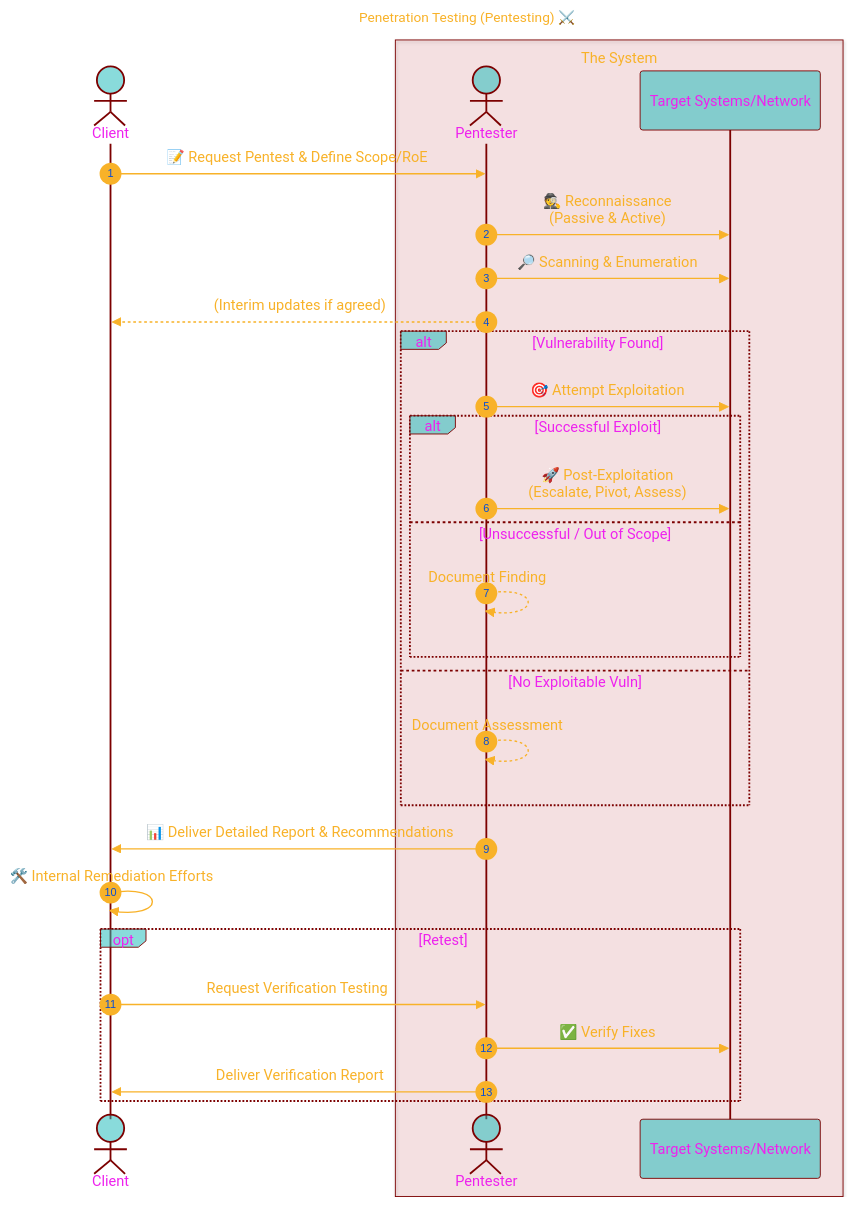
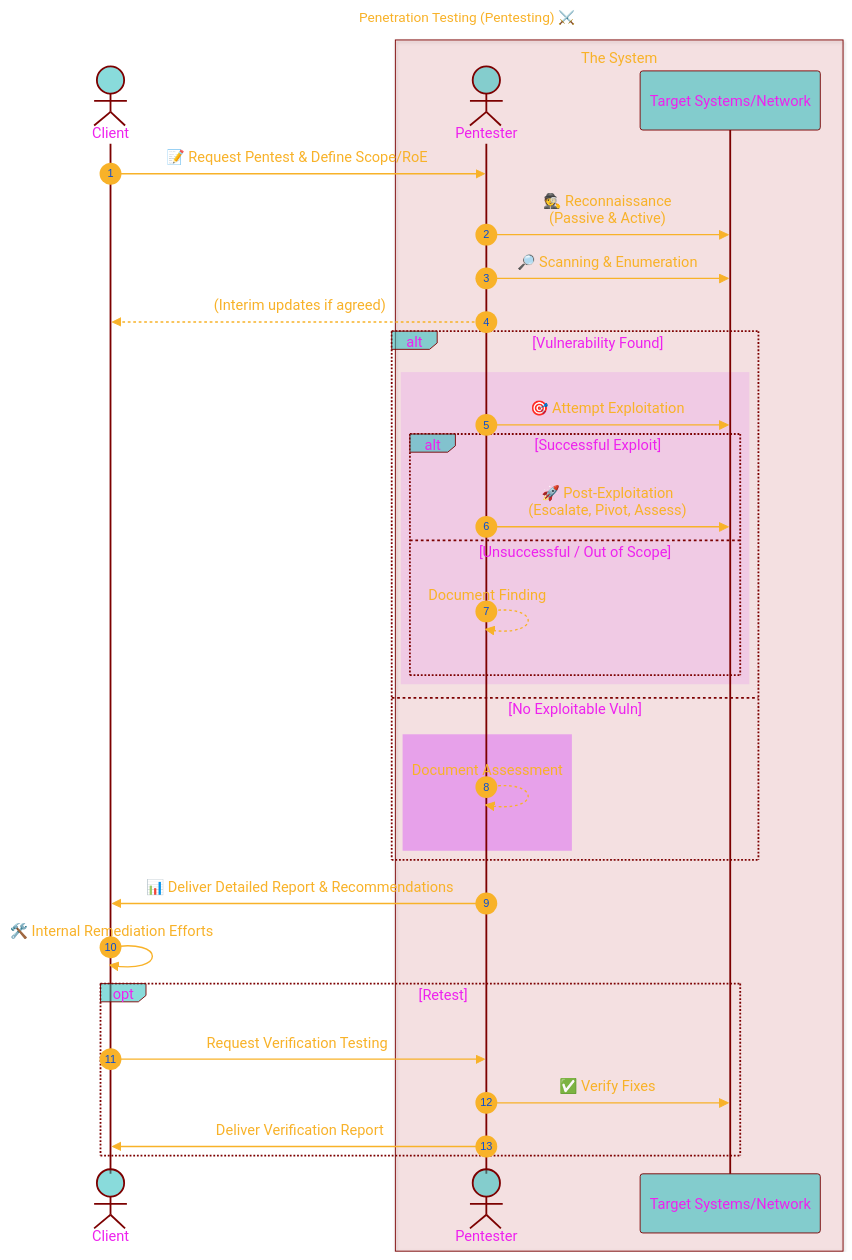
One commit to CongLeSolutionX/EthicaLumin changed the second of 5 diagrams in Types_of_Hacking/White_Hat.md. Above: the diagram before and after it, drawn with Mermaid.

Commit message:
update notes

````diff
--- a/Types_of_Hacking/White_Hat.md
+++ b/Types_of_Hacking/White_Hat.md
@@ -169,63 +169,66 @@
 ```mermaid
 ---
 title: "Penetration Testing (Pentesting) ⚔️"
 author: "Cong Le"
 version: "0.1"
 license(s): "MIT, CC BY 4.0"
 copyright: "Copyright (c) 2025 Cong Le. All Rights Reserved."
 config:
   layout: elk
   theme: base
 ---
 %%%%%%%% Mermaid version v11.4.1-b.14
 %%{
   init: {
     'sequence': { 'mirrorActors': true, 'showSequenceNumbers': true, 'actorMargin': 50 },
     'fontFamily': 'Monaco',
     'themeVariables': {
       'primaryColor': '#2BB8',
       'primaryBorderColor': '#7C0000',
       'lineColor': '#F8B229',
       'secondaryColor': '#6122',
       'tertiaryColor': '#fff',
       'fontSize': '15px',
       'textColor': '#F8B229',
       'actorTextColor': '#E2E',
       'stroke':'#033',
       'stroke-width': '0.2px'
     }
   }
 }%%
 sequenceDiagram
     actor Client
-    
+
     box rgb(202, 12, 22, 0.1) The System
       actor Pentester
       participant TargetSystem as Target Systems/Network
     end
 
     Client->>Pentester: 📝 Request Pentest & Define Scope/RoE
     Pentester->>TargetSystem: 🕵️ Reconnaissance <br/>(Passive & Active)
     Pentester->>TargetSystem: 🔎 Scanning & Enumeration
     Pentester-->>Client: (Interim updates if agreed)
     
     alt Vulnerability Found
-    
+      rect rgb(200, 15, 255, 0.1)
         Pentester->>TargetSystem: 🎯 Attempt Exploitation
         alt Successful Exploit
             Pentester->>TargetSystem: 🚀 Post-Exploitation<br/>(Escalate, Pivot, Assess)
         else Unsuccessful / Out of Scope
             Pentester-->>Pentester: Document Finding
         end
+      end
     else No Exploitable Vuln
+      rect rgb(200, 15, 255, 0.3)
         Pentester-->>Pentester: Document Assessment
+      end
     end
     
     Pentester->>Client: 📊 Deliver Detailed Report & Recommendations
     Client->>Client: 🛠️ Internal Remediation Efforts
     opt Retest
         Client->>Pentester: Request Verification Testing
         Pentester->>TargetSystem: ✅ Verify Fixes
         Pentester->>Client: Deliver Verification Report
     end
 ```
````
